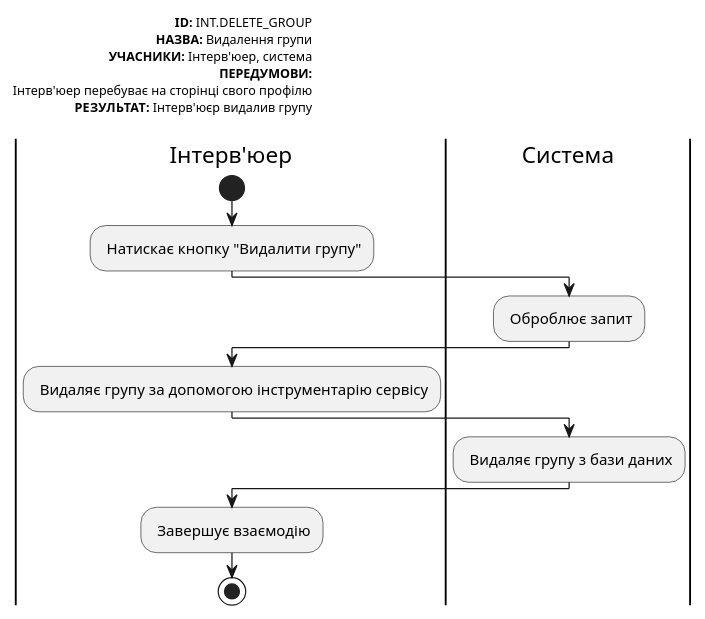
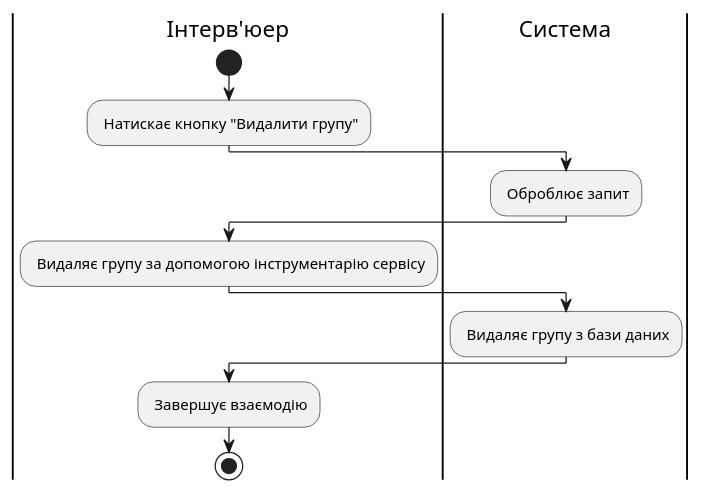
Diagram 16 of 22 in docs/use cases/README.md (michigang1/ImForms), drawn with PlantUML before and after one commit. The commit also changed other lines of this file, not shown here.

```diff
--- a/docs/use cases/README.md
+++ b/docs/use cases/README.md
@@ -523,28 +548,19 @@
 @startuml
-left header
-<font color=000 size=10><b>ID:</b> INT.DELETE_GROUP
-<font color=000 size=10><b>НАЗВА:</b> Видалення групи
-<font color=000 size=10><b>УЧАСНИКИ:</b> Інтерв'юер, система  
-<font color=000 size=10><b>ПЕРЕДУМОВИ:</b>
-<font color=000 size=10> Інтерв'юер перебуває на сторінці свого профілю
-<font color=000 size=10><b>РЕЗУЛЬТАТ:</b> Інтерв'юєр видалив групу
-
-end header
 
 |Інтерв'юер|
 start
 : Натискає кнопку "Видалити групу";
 
 |Система|
 : Оброблює запит;
 
 |Інтерв'юер|
 : Видаляє групу за допомогою інструментарію сервісу;
 
 |Система|
 : Видаляє групу з бази даних;
 
 |Інтерв'юер|
 : Завершує взаємодію;
 stop;
 @enduml
```
